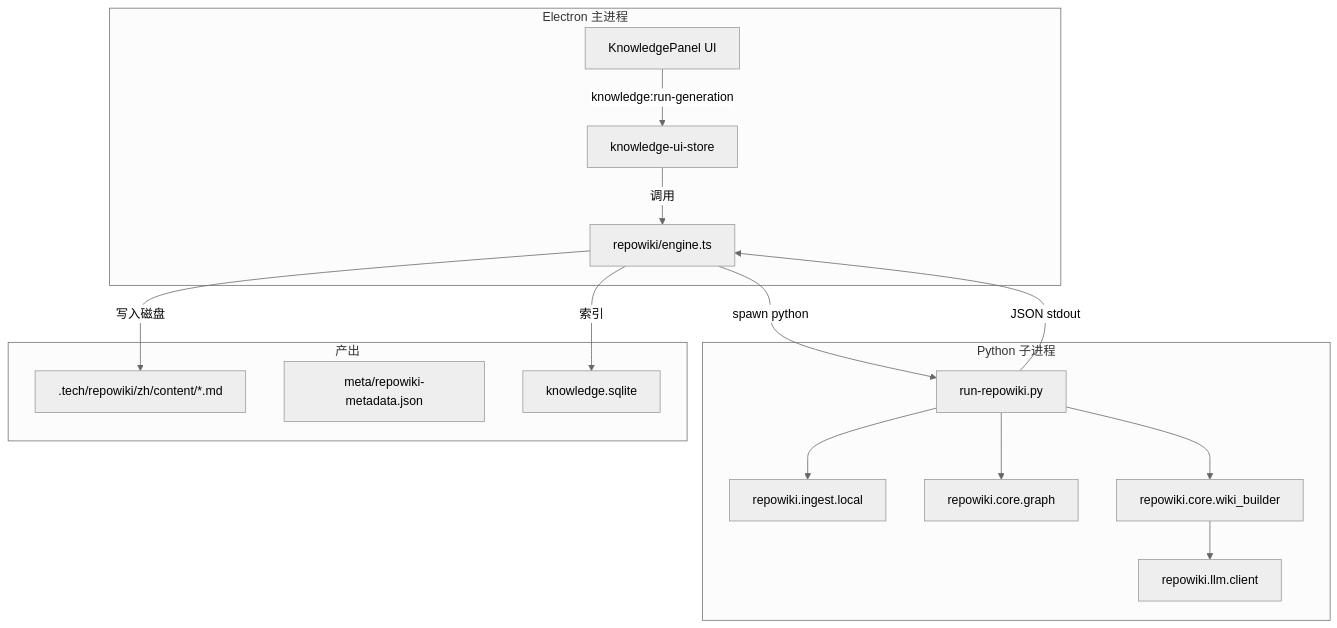
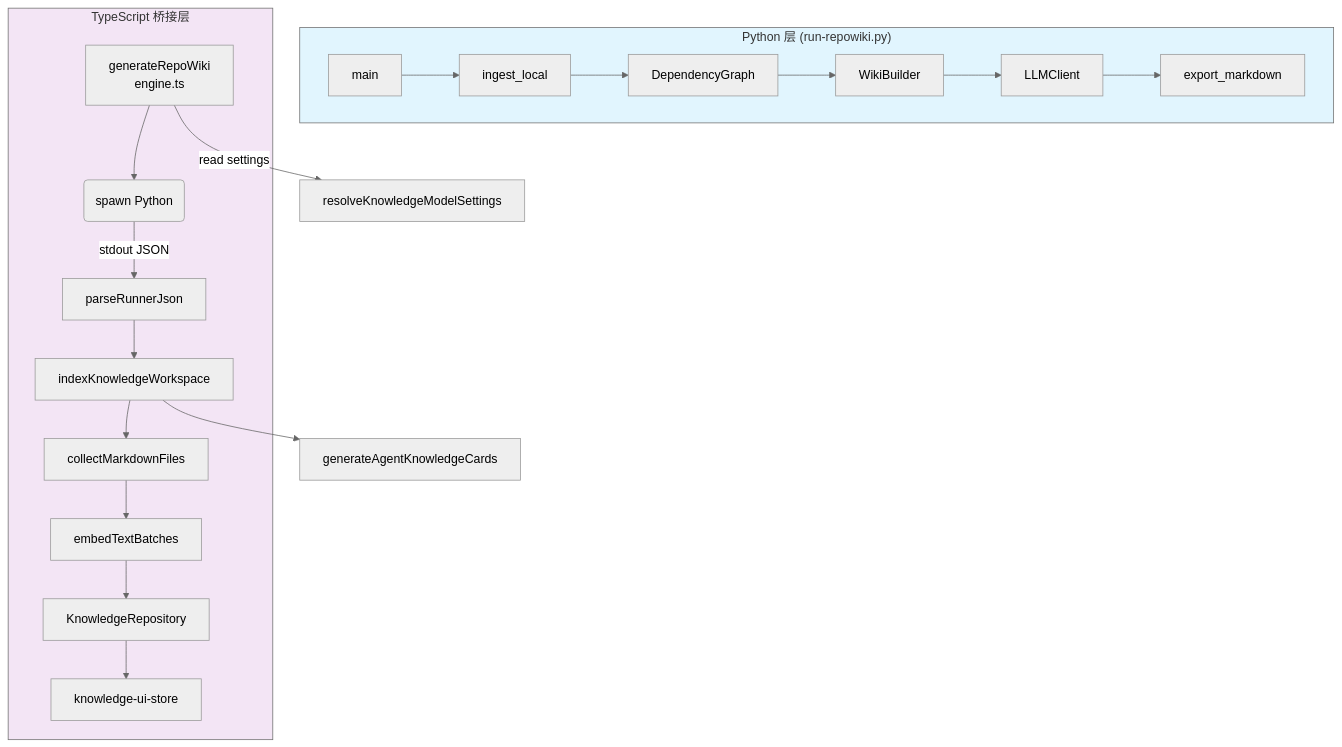
The first of 2 diagrams in .tech/repowiki/zh/content/核心模块规格/知识库后端引擎总览/Repo Wiki Python Runner.md (lst016/tech-cc-hub), drawn with Mermaid (neutral theme) before and after one commit. The commit also changed other lines of this file and 195 other files, not shown here.

Commit message:
feat: deepen repowiki generation

````diff
--- a/.tech/repowiki/zh/content/核心模块规格/知识库后端引擎总览/Repo Wiki Python Runner.md
+++ b/.tech/repowiki/zh/content/核心模块规格/知识库后端引擎总览/Repo Wiki Python Runner.md
@@ -35,33 +57,26 @@
 ```mermaid
 flowchart TD
-    subgraph Electron["Electron 主进程"]
-        UI[KnowledgePanel UI]
-        Store[knowledge-ui-store]
-        Engine[repowiki/engine.ts]
+    subgraph Python["Python 层 (run-repowiki.py)"]
+        A[main] --> B[ingest_local]
+        B --> C[DependencyGraph]
+        C --> D[WikiBuilder]
+        D --> E[LLMClient]
+        E --> F[export_markdown]
     end
 
-    subgraph Python["Python 子进程"]
-        RPW[run-repowiki.py]
-        Ingest[repowiki.ingest.local]
-        Graph[repowiki.core.graph]
-        Builder[repowiki.core.wiki_builder]
-        LLM[repowiki.llm.client]
+    subgraph TypeScript["TypeScript 桥接层"]
+        G[generateRepoWiki<br/>engine.ts] --> H(spawn Python)
+        H --> |stdout JSON| I[parseRunnerJson]
+        I --> J[indexKnowledgeWorkspace]
+        J --> K[collectMarkdownFiles]
+        K --> L[embedTextBatches]
+        L --> M[KnowledgeRepository]
+        M --> N[knowledge-ui-store]
     end
 
-    subgraph Output["产出"]
-        Markdown[.tech/repowiki/zh/content/*.md]
-        Meta[meta/repowiki-metadata.json]
-        Index[knowledge.sqlite]
-    end
+    G --> |read settings| O[resolveKnowledgeModelSettings]
+    J --> P[generateAgentKnowledgeCards]
 
-    UI -->|knowledge:run-generation| Store
-    Store -->|调用| Engine
-    Engine -->|spawn python| RPW
-    RPW --> Ingest
-    RPW --> Graph
-    RPW --> Builder
-    Builder --> LLM
-    RPW -->|JSON stdout| Engine
-    Engine -->|写入磁盘| Markdown
-    Engine -->|索引| Index
+    style Python fill:#e1f5fe
+    style TypeScript fill:#f3e5f5
 ```
````
